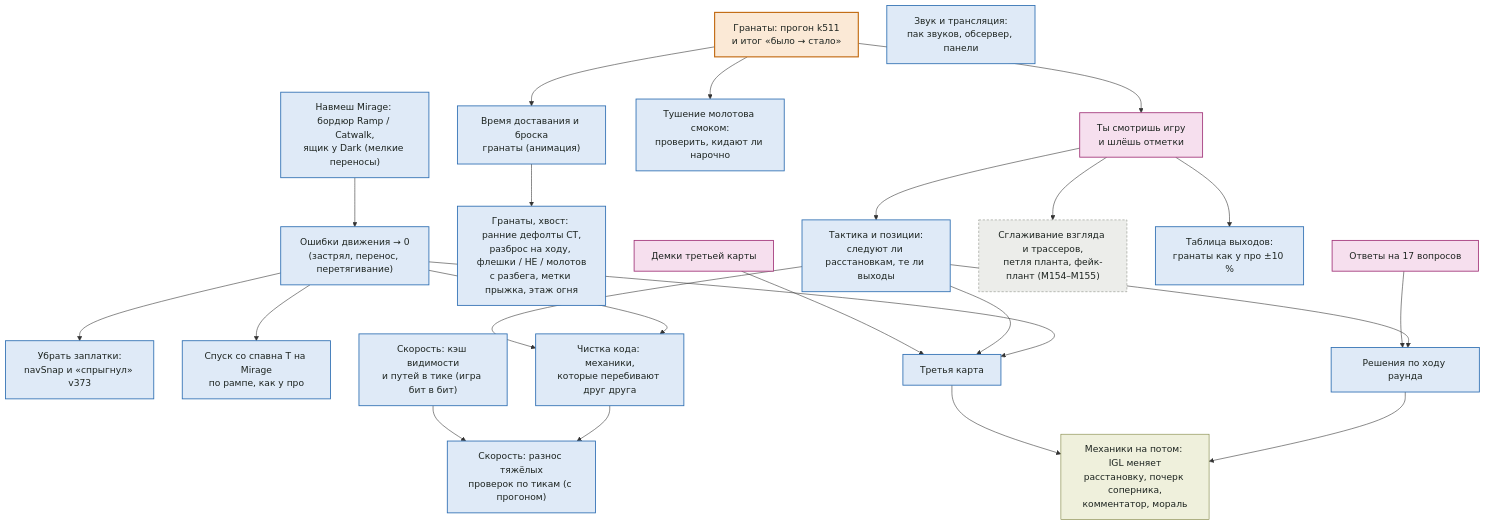
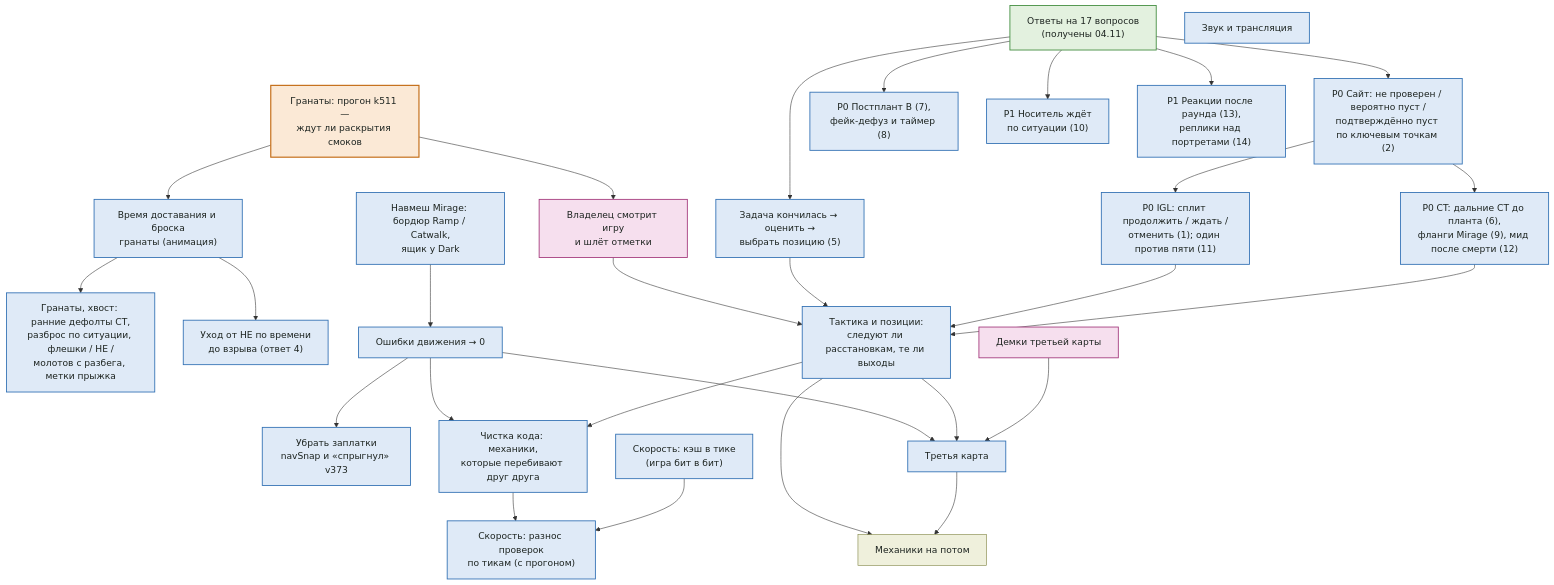
Before and after one commit to xa11mono/sim-cs2: the diagram in ROADMAP.md, drawn with Mermaid. The commit also changed other lines of this file and 3 other files, not shown here.

First line of the commit message:
ответы владельца на 17 вопросов → OWNER_ANSWERS; ROADMAP и граф по ним

````diff
--- a/ROADMAP.md
+++ b/ROADMAP.md
@@ -10,43 +11,46 @@
 ```mermaid
 flowchart TD
-  G0["Гранаты: прогон k511<br/>и итог «было → стало»"]:::now
-  REV["Ты смотришь игру<br/>и шлёшь отметки"]:::you
-  Q["Ответы на 17 вопросов"]:::you
+  G0["Гранаты: прогон k511 —<br/>ждут ли раскрытия смоков"]:::now
+  REV["Владелец смотрит игру<br/>и шлёт отметки"]:::you
+  ANS["Ответы на 17 вопросов<br/>(получены 04.11)"]:::done
 
   G0 --> REV
   G0 --> DRAW["Время доставания и броска<br/>гранаты (анимация)"]:::me
-  DRAW --> GT["Гранаты, хвост: ранние дефолты CT,<br/>разброс на ходу, флешки / HE / молотов<br/>с разбега, метки прыжка, этаж огня"]:::me
-  G0 --> SMK["Тушение молотова смоком:<br/>проверить, кидают ли нарочно"]:::me
+  DRAW --> GT["Гранаты, хвост: ранние дефолты CT,<br/>разброс по ситуации, флешки / HE /<br/>молотов с разбега, метки прыжка"]:::me
+  DRAW --> HE["Уход от HE по времени<br/>до взрыва (ответ 4)"]:::me
 
-  NAV["Навмеш Mirage: бордюр Ramp / Catwalk,<br/>ящик у Dark (мелкие переносы)"]:::me
-  NAV --> MOV["Ошибки движения → 0<br/>(застрял, перенос, перетягивание)"]:::me
-  MOV --> PATCH["Убрать заплатки:<br/>navSnap и «спрыгнул» v373"]:::me
-  MOV --> TSP["Спуск со спавна T на Mirage<br/>по рампе, как у про"]:::me
+  NAV["Навмеш Mirage: бордюр Ramp / Catwalk,<br/>ящик у Dark"]:::me
+  NAV --> MOV["Ошибки движения → 0"]:::me
+  MOV --> PATCH["Убрать заплатки<br/>navSnap и «спрыгнул» v373"]:::me
 
+  ANS --> INFO["P0 Сайт: не проверен / вероятно пуст /<br/>подтверждённо пуст по ключевым точкам (2)"]:::me
+  INFO --> IGL["P0 IGL: сплит продолжить / ждать /<br/>отменить (1); один против пяти (11)"]:::me
+  INFO --> CT["P0 CT: дальние CT до планта (6),<br/>фланги Mirage (9), мид после смерти (12)"]:::me
+  ANS --> PP["P0 Постплант B (7),<br/>фейк-дефуз и таймер (8)"]:::me
+  ANS --> TASK["Задача кончилась → оценить →<br/>выбрать позицию (5)"]:::me
+  ANS --> CAR["P1 Носитель ждёт<br/>по ситуации (10)"]:::me
+  ANS --> UI["P1 Реакции после раунда (13),<br/>реплики над портретами (14)"]:::me
   REV --> TAC["Тактика и позиции:<br/>следуют ли расстановкам, те ли выходы"]:::me
-  REV --> B5K["Сглаживание взгляда и трассеров,<br/>петля планта, фейк-плант (М154–М155)"]:::maybe
-  REV --> TBL["Таблица выходов:<br/>гранаты как у про ±10 %"]:::me
-  TAC --> DEC["Решения по ходу раунда"]:::me
-  Q --> DEC
+  TASK --> TAC
+  IGL --> TAC
+  CT --> TAC
 
   MOV --> CLEAN["Чистка кода: механики,<br/>которые перебивают друг друга"]:::me
   TAC --> CLEAN
-  PERF["Скорость: кэш видимости<br/>и путей в тике (игра бит в бит)"]:::me
-  CLEAN --> PERF2["Скорость: разнос тяжёлых<br/>проверок по тикам (с прогоном)"]:::me
+  PERF["Скорость: кэш в тике<br/>(игра бит в бит)"]:::me
+  CLEAN --> PERF2["Скорость: разнос проверок<br/>по тикам (с прогоном)"]:::me
   PERF --> PERF2
-
-  SND["Звук и трансляция:<br/>пак звуков, обсервер, панели"]:::me
+  SND["Звук и трансляция"]:::me
 
   MOV --> MAP3["Третья карта"]:::me
   TAC --> MAP3
   DEMO["Демки третьей карты"]:::you --> MAP3
-
-  DEC --> FUT["Механики на потом: IGL меняет<br/>расстановку, почерк соперника,<br/>комментатор, мораль"]:::later
+  TAC --> FUT["Механики на потом"]:::later
   MAP3 --> FUT
 
   classDef now fill:#fbe9d6,stroke:#c26a12,stroke-width:2px,color:#1d2420
   classDef me fill:#dfeaf7,stroke:#2f6fb3,stroke-width:1.5px,color:#1d2420
   classDef you fill:#f6dfee,stroke:#a2367a,stroke-width:1.5px,color:#1d2420
-  classDef maybe fill:#ecedea,stroke:#8a8f86,stroke-dasharray:4 3,color:#1d2420
+  classDef done fill:#e3f1df,stroke:#3d8a3a,stroke-width:1.5px,color:#1d2420
   classDef later fill:#eff0dc,stroke:#7a7f3a,color:#1d2420
 ```
````
